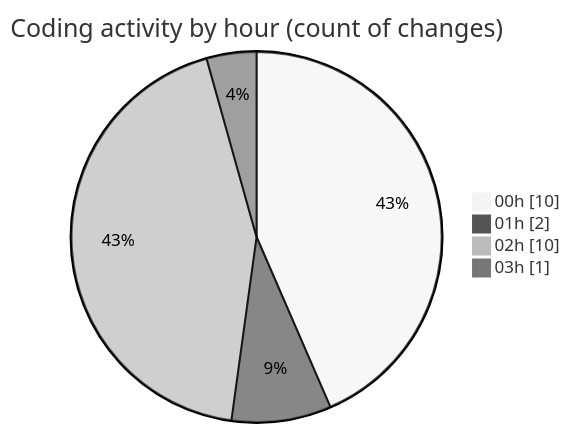
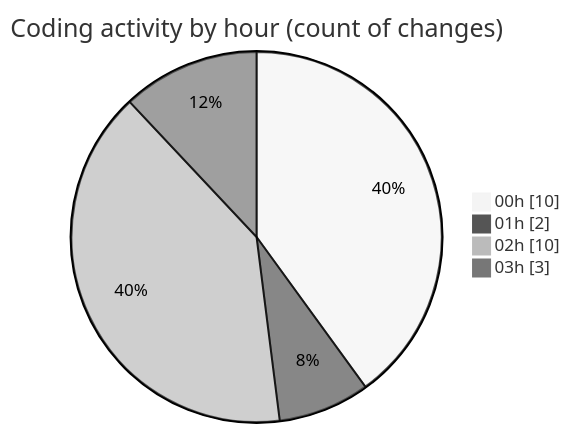
The second of 2 diagrams in 2025-10-30/cdp_aleoudev_fr__workspace_/README.md (julien-gomy/code-tracking), drawn with Mermaid (neutral theme) before and after one commit. The commit also changed other lines of this file and 1 other file, not shown here.

````diff
--- a/2025-10-30/cdp_aleoudev_fr__workspace_/README.md
+++ b/2025-10-30/cdp_aleoudev_fr__workspace_/README.md
@@ -30,8 +32,8 @@
 ```mermaid
 pie showData
 title Coding activity by hour (count of changes)
 "00h" : 10
 "01h" : 2
 "02h" : 10
-"03h" : 1
+"03h" : 3
 ```
````
